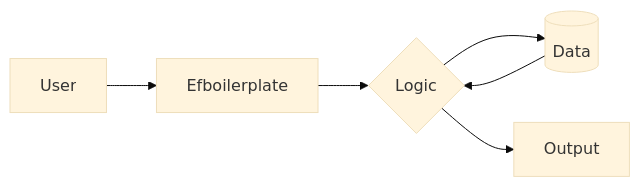
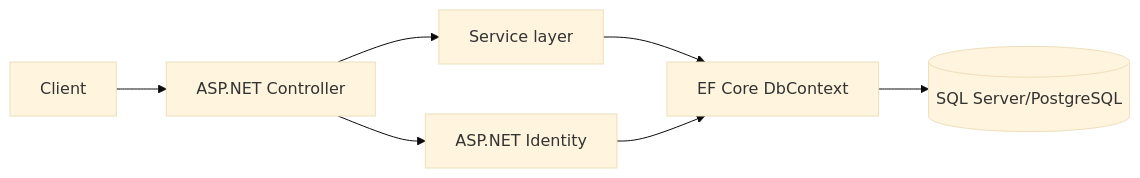
Before and after one commit to ALPHAMAN-0/EFBoilerplate: the diagram in README.md, drawn with Mermaid (base theme). The commit also changed 20 other files, not shown here.

Commit message:
docs: replace generic architecture diagram with real one

````diff
--- a/README.md
+++ b/README.md
@@ -8,8 +8,9 @@
 ```mermaid
 flowchart LR
-    A[User] --> B[Efboilerplate]
-    B --> C{Logic}
-    C --> D[(Data)]
-    C --> E[Output]
-    D --> C
+    Client[Client] --> Controller[ASP.NET Controller]
+    Controller --> Service[Service layer]
+    Service --> DbContext[EF Core DbContext]
+    DbContext --> DB[(SQL Server/PostgreSQL)]
+    Controller --> Auth[ASP.NET Identity]
+    Auth --> DbContext
 ```
````
